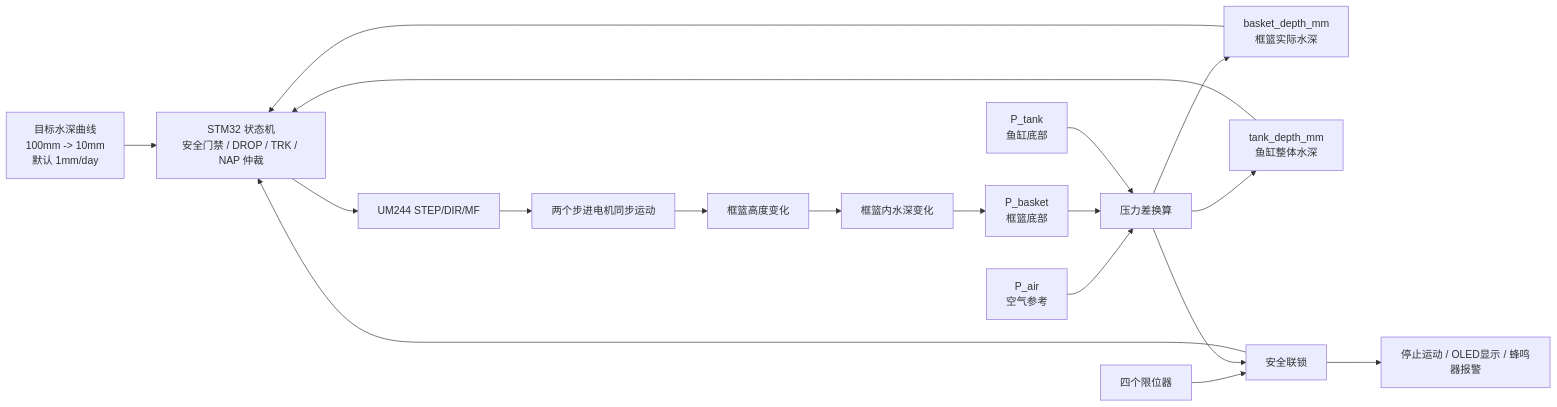
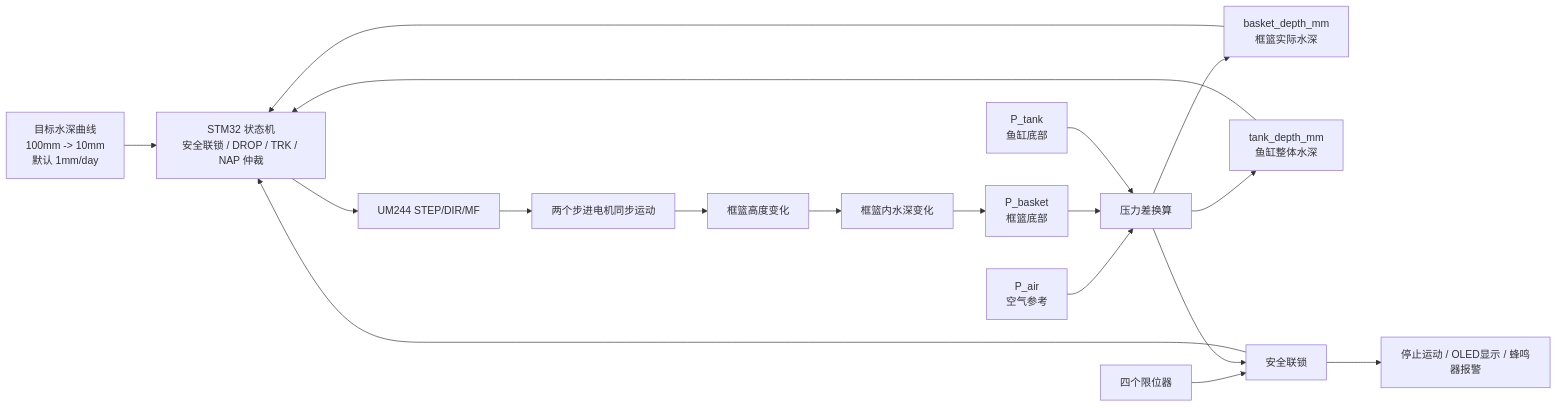
The first of 2 diagrams in presentation-outline.md (ukpkmkk02B-hk/Automatic-lifting), drawn with Mermaid before and after one commit. The commit also changed other lines of this file and 14 other files, not shown here.

````diff
--- a/presentation-outline.md
+++ b/presentation-outline.md
@@ -26,25 +26,25 @@
 ```mermaid
 flowchart LR
-    A["目标水深曲线<br/>100mm -> 10mm<br/>默认 1mm/day"] --> B["STM32 状态机<br/>安全门禁 / DROP / TRK / NAP 仲裁"]
+    A["目标水深曲线<br/>100mm -> 10mm<br/>默认 1mm/day"] --> B["STM32 状态机<br/>安全联锁 / DROP / TRK / NAP 仲裁"]
 
     P1["P_air<br/>空气参考"] --> C["压力差换算"]
     P2["P_basket<br/>框篮底部"] --> C
     P3["P_tank<br/>鱼缸底部"] --> C
 
     C --> D["basket_depth_mm<br/>框篮实际水深"]
     C --> E["tank_depth_mm<br/>鱼缸整体水深"]
 
     D --> B
     E --> B
 
     B --> F["UM244 STEP/DIR/MF"]
     F --> G["两个步进电机同步运动"]
     G --> H["框篮高度变化"]
     H --> I["框篮内水深变化"]
     I --> P2
 
     L["四个限位器"] --> S["安全联锁"]
     C --> S
     S --> B
     S --> Z["停止运动 / OLED显示 / 蜂鸣器报警"]
 ```
````
